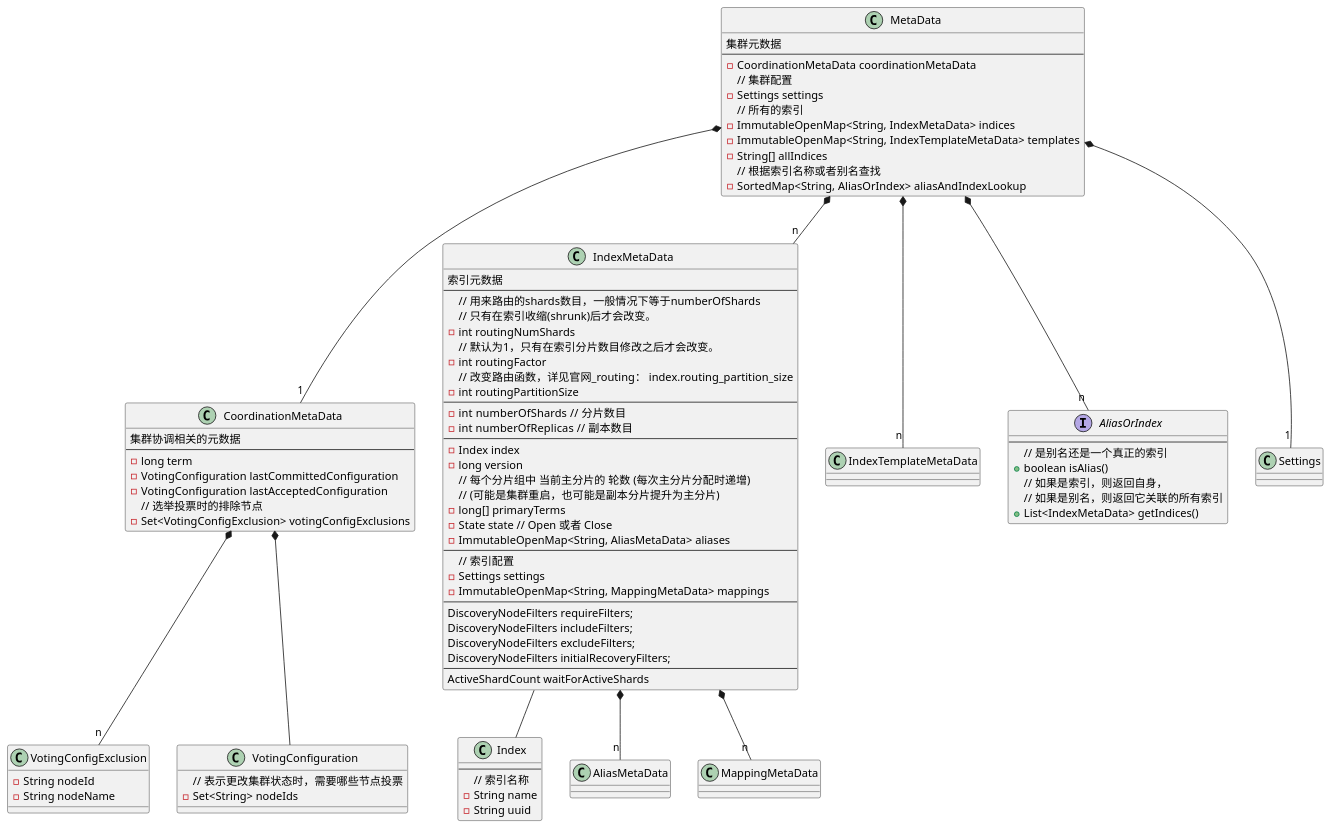
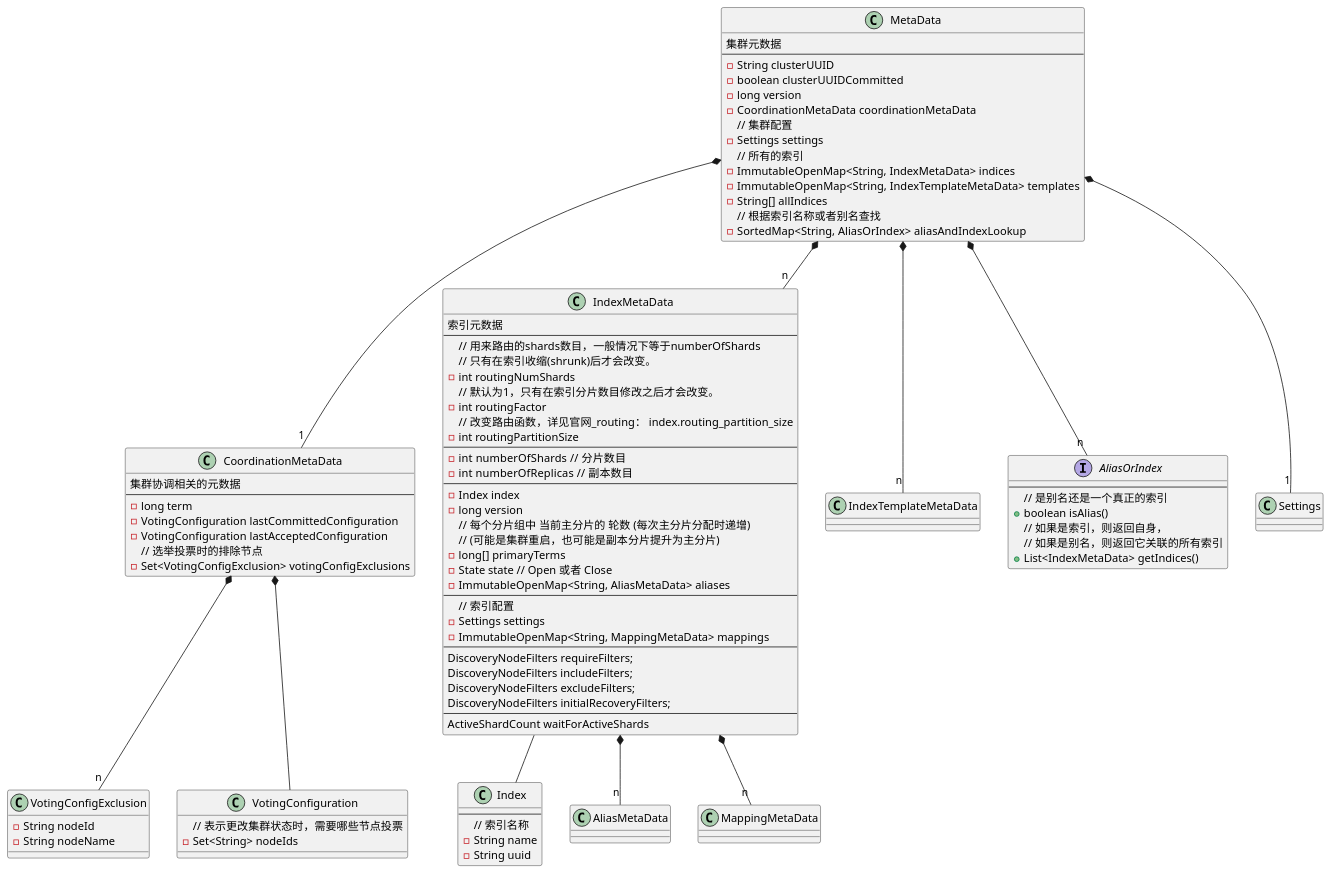
Before and after one commit to zouxiang1993/es7.2.1: the diagram in zx_notes/notes/cluster模块/MetaData相关类图.puml, drawn with PlantUML. The commit also changed 7 other files, not shown here.

```diff
--- a/zx_notes/notes/cluster模块/MetaData相关类图.puml
+++ b/zx_notes/notes/cluster模块/MetaData相关类图.puml
@@ -1,107 +1,110 @@
 @startuml
 
 class MetaData{
     集群元数据
     --
+    -String clusterUUID
+    -boolean clusterUUIDCommitted
+    -long version
     -CoordinationMetaData coordinationMetaData
     // 集群配置
     -Settings settings
     // 所有的索引
     -ImmutableOpenMap<String, IndexMetaData> indices
     -ImmutableOpenMap<String, IndexTemplateMetaData> templates
     -String[] allIndices
     // 根据索引名称或者别名查找
     -SortedMap<String, AliasOrIndex> aliasAndIndexLookup
 }
 
 class CoordinationMetaData{
     集群协调相关的元数据
     --
     -long term
     -VotingConfiguration lastCommittedConfiguration
     -VotingConfiguration lastAcceptedConfiguration
     // 选举投票时的排除节点
     -Set<VotingConfigExclusion> votingConfigExclusions
 }
 
 class IndexMetaData{
     索引元数据
     ---
     // 用来路由的shards数目，一般情况下等于numberOfShards
     // 只有在索引收缩(shrunk)后才会改变。
     -int routingNumShards
     // 默认为1，只有在索引分片数目修改之后才会改变。
     -int routingFactor
     // 改变路由函数，详见官网_routing： index.routing_partition_size
     -int routingPartitionSize
     ---
     -int numberOfShards  // 分片数目
     -int numberOfReplicas  // 副本数目
     ---
     -Index index
     -long version
     // 每个分片组中 当前主分片的 轮数 (每次主分片分配时递增)
     // (可能是集群重启，也可能是副本分片提升为主分片)
     -long[] primaryTerms
     -State state // Open 或者 Close
     -ImmutableOpenMap<String, AliasMetaData> aliases
     ---
     // 索引配置
     -Settings settings
     -ImmutableOpenMap<String, MappingMetaData> mappings
     ---
     DiscoveryNodeFilters requireFilters;
     DiscoveryNodeFilters includeFilters;
     DiscoveryNodeFilters excludeFilters;
     DiscoveryNodeFilters initialRecoveryFilters;
     ---
     ActiveShardCount waitForActiveShards
 }
 
 class Index{
     ---
     // 索引名称
     -String name
     -String uuid
 }
 
 class IndexTemplateMetaData{
 }
 
 interface AliasOrIndex{
     ---
     // 是别名还是一个真正的索引
     +boolean isAlias()
     // 如果是索引，则返回自身，
     // 如果是别名，则返回它关联的所有索引
     +List<IndexMetaData> getIndices()
 }
 
 class AliasMetaData{
 }
 
 class MappingMetaData{
 
 }
 
 class VotingConfigExclusion{
     -String nodeId
     -String nodeName
 }
 
 class VotingConfiguration {
     // 表示更改集群状态时，需要哪些节点投票
     -Set<String> nodeIds
 }
 
 MetaData  *-- "1" CoordinationMetaData
 CoordinationMetaData *-- "n" VotingConfigExclusion
 CoordinationMetaData *-- VotingConfiguration
 MetaData  *-- "1" Settings
 MetaData  *-- "n" IndexMetaData
 IndexMetaData -- Index
 MetaData  *-- "n" IndexTemplateMetaData
 MetaData  *-- "n" AliasOrIndex
 IndexMetaData  *-- "n" AliasMetaData
 IndexMetaData  *-- "n" MappingMetaData
 @enduml
```
